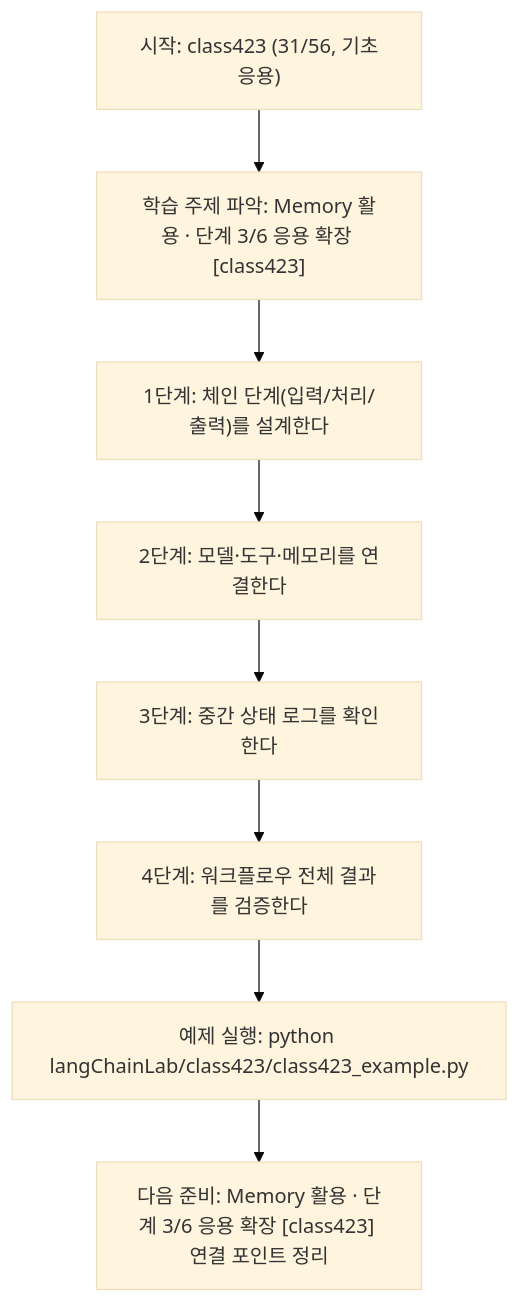
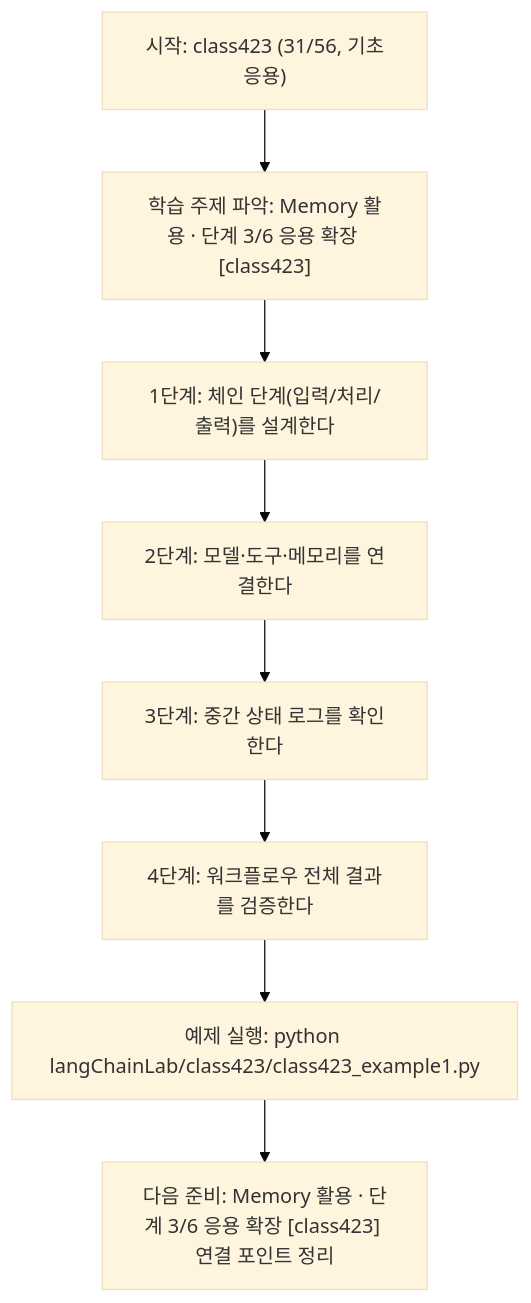
Before and after one commit to edumgt/Python-AI_Agent-Class: the diagram in langChainLab/class423/class423.md, drawn with Mermaid (base theme). The commit also changed other lines of this file and 2959 other files, not shown here.

````diff
--- a/langChainLab/class423/class423.md
+++ b/langChainLab/class423/class423.md
@@ -109,18 +109,18 @@
 ```mermaid
 flowchart TD
 N1["시작: class423 (31/56, 기초응용)"]
 N2["학습 주제 파악: Memory 활용 · 단계 3/6 응용 확장 [class423]"]
 N3["1단계: 체인 단계(입력/처리/출력)를 설계한다"]
 N4["2단계: 모델·도구·메모리를 연결한다"]
 N5["3단계: 중간 상태 로그를 확인한다"]
 N6["4단계: 워크플로우 전체 결과를 검증한다"]
-N7["예제 실행: python langChainLab/class423/class423_example.py"]
+N7["예제 실행: python langChainLab/class423/class423_example1.py"]
 N8["다음 준비: Memory 활용 · 단계 3/6 응용 확장 [class423] 연결 포인트 정리"]
 N1 --> N2
 N2 --> N3
 N3 --> N4
 N4 --> N5
 N5 --> N6
 N6 --> N7
 N7 --> N8
 ```
````
